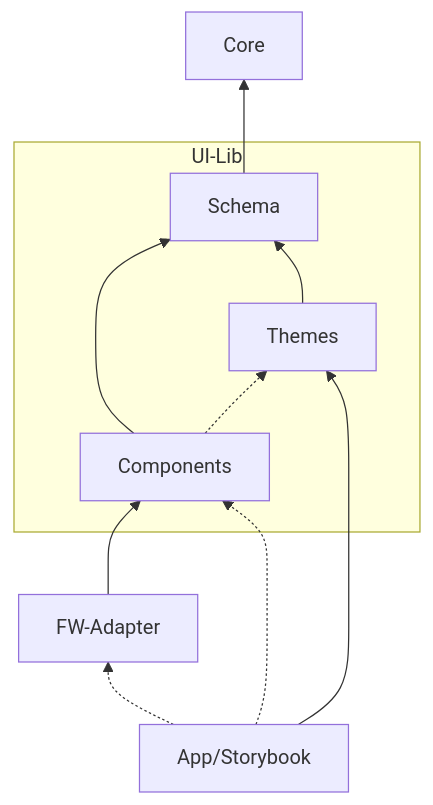
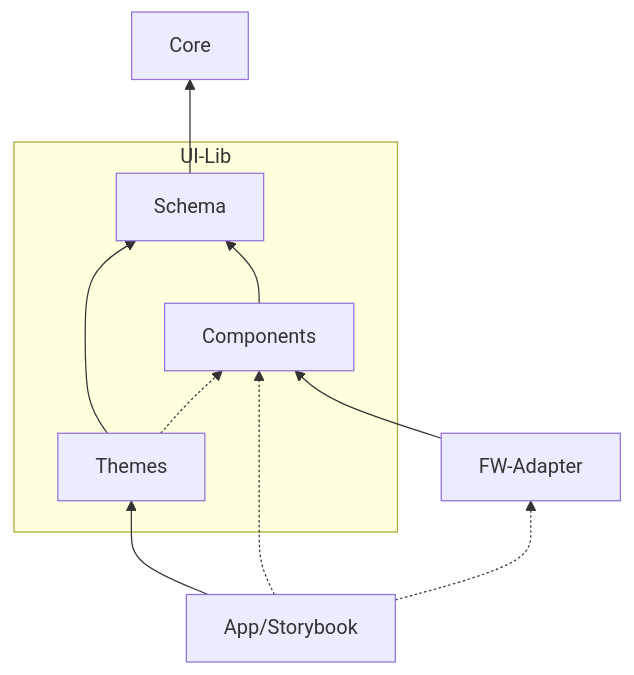
One commit to public-ui/public-ui.github.io changed the first of 3 diagrams in dev/docs/20-concepts/01-architecture.md. Above: the diagram before and after it, drawn with Mermaid. The commit also changed other lines of this file and 2 other files, not shown here.

````diff
--- a/dev/docs/20-concepts/01-architecture.md
+++ b/dev/docs/20-concepts/01-architecture.md
@@ -53,13 +53,13 @@
 ```mermaid
   flowchart BT
     subgraph UI-Lib
+      Themes .-> Components
+      Themes --> Schema
       Components --> Schema
-      Components .-> Themes
-      Themes --> Schema
     end
     Schema --> Core
-    FW-Adapter --> Components
     App/Storybook .-> Components
     App/Storybook .-> FW-Adapter
     App/Storybook --> Themes
+    FW-Adapter --> Components
 ```
````
